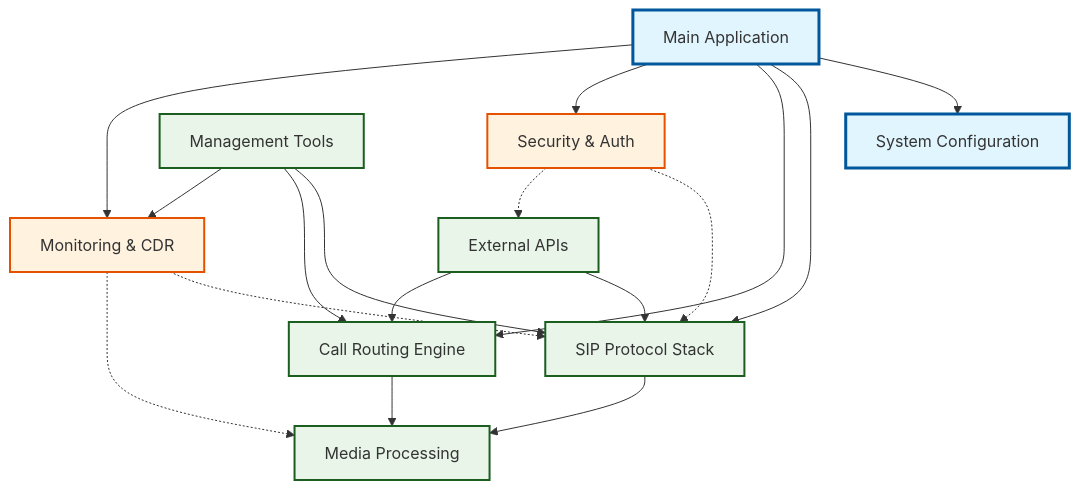
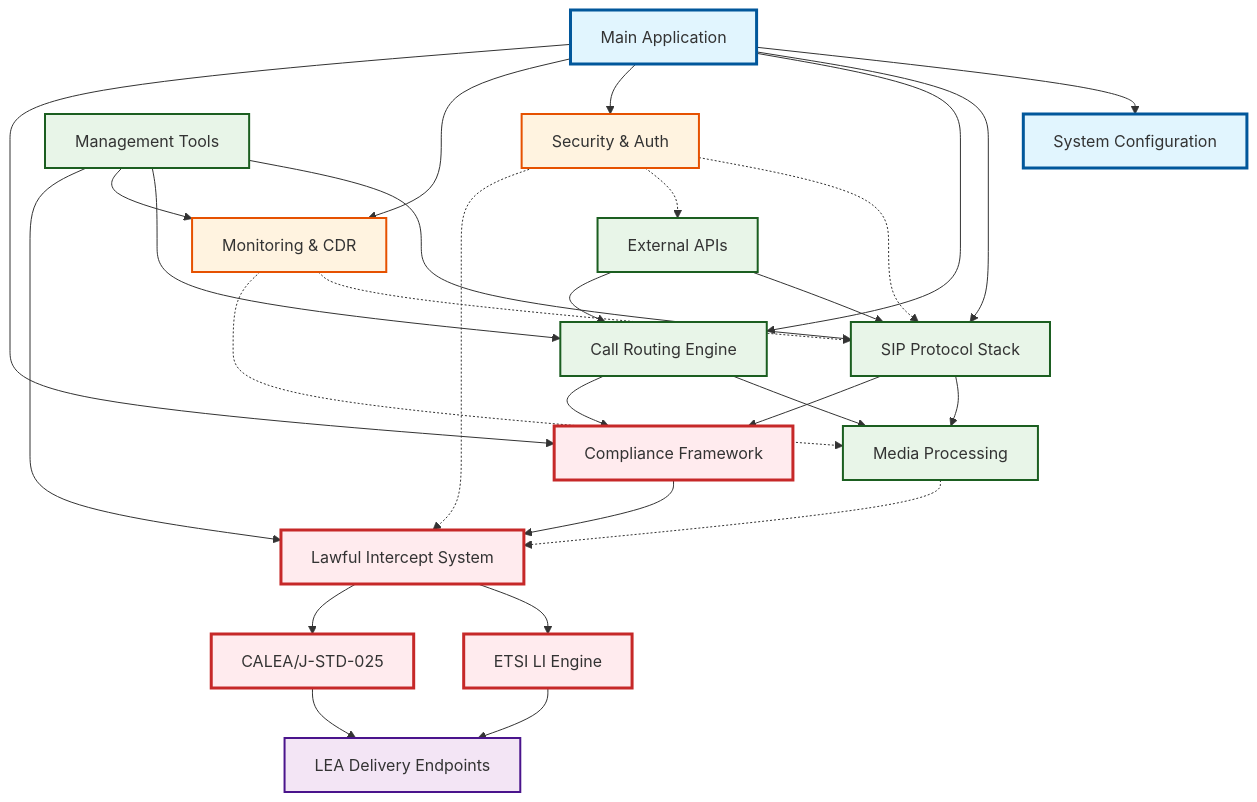
The diagram in docs/generated/module_dependencies.mermaid (carrierone/redfire-switch), drawn with Mermaid before and after one commit. The commit also changed 7 other files, not shown here.

First line of the commit message:
Add comprehensive Lawful Intercept documentation and diagrams

```diff
--- a/docs/generated/module_dependencies.mermaid
+++ b/docs/generated/module_dependencies.mermaid
@@ -1,49 +1,78 @@
 graph TD
-    %% Redfire Switch Architecture Overview - System Components
+    %% Redfire Switch Architecture Overview - System Components with Lawful Intercept
     
     %% Core Application
     main[Main Application]
     config[System Configuration]
     
     %% High-Level Subsystems
     sip_subsystem[SIP Protocol Stack]
     routing_subsystem[Call Routing Engine]  
     media_subsystem[Media Processing]
     api_subsystem[External APIs]
     cli_subsystem[Management Tools]
     
     %% Support Systems
     security[Security & Auth]
     monitoring[Monitoring & CDR]
     
+    %% Lawful Intercept & Compliance
+    li_subsystem[Lawful Intercept System]
+    compliance[Compliance Framework]
+    etsi_li[ETSI LI Engine]
+    calea[CALEA/J-STD-025]
+    
+    %% External LEA Systems
+    lea_endpoints[LEA Delivery Endpoints]
+    
     %% Dependencies
     main --> config
     main --> sip_subsystem
     main --> routing_subsystem
     main --> security
     main --> monitoring
+    main --> compliance
     
     sip_subsystem --> media_subsystem
     routing_subsystem --> media_subsystem
     
     api_subsystem --> sip_subsystem
     api_subsystem --> routing_subsystem
     
     cli_subsystem --> sip_subsystem
     cli_subsystem --> routing_subsystem
     cli_subsystem --> monitoring
+    cli_subsystem --> li_subsystem
     
     security -.-> sip_subsystem
     security -.-> api_subsystem
+    security -.-> li_subsystem
     
     monitoring -.-> sip_subsystem
     monitoring -.-> media_subsystem
+    
+    %% Lawful Intercept Integration
+    compliance --> li_subsystem
+    li_subsystem --> etsi_li
+    li_subsystem --> calea
+    
+    %% LI Data Flow
+    sip_subsystem --> compliance
+    routing_subsystem --> compliance
+    media_subsystem -.-> li_subsystem
+    
+    etsi_li --> lea_endpoints
+    calea --> lea_endpoints
     
     %% Styling
     classDef coreModule fill:#e1f5fe,stroke:#01579b,stroke-width:3px
     classDef subsystemModule fill:#e8f5e8,stroke:#1b5e20,stroke-width:2px
     classDef supportModule fill:#fff3e0,stroke:#e65100,stroke-width:2px
+    classDef complianceModule fill:#ffebee,stroke:#c62828,stroke-width:3px
+    classDef externalModule fill:#f3e5f5,stroke:#4a148c,stroke-width:2px
     
     class main,config coreModule
     class sip_subsystem,routing_subsystem,media_subsystem,api_subsystem,cli_subsystem subsystemModule
     class security,monitoring supportModule
+    class li_subsystem,compliance,etsi_li,calea complianceModule
+    class lea_endpoints externalModule
```
